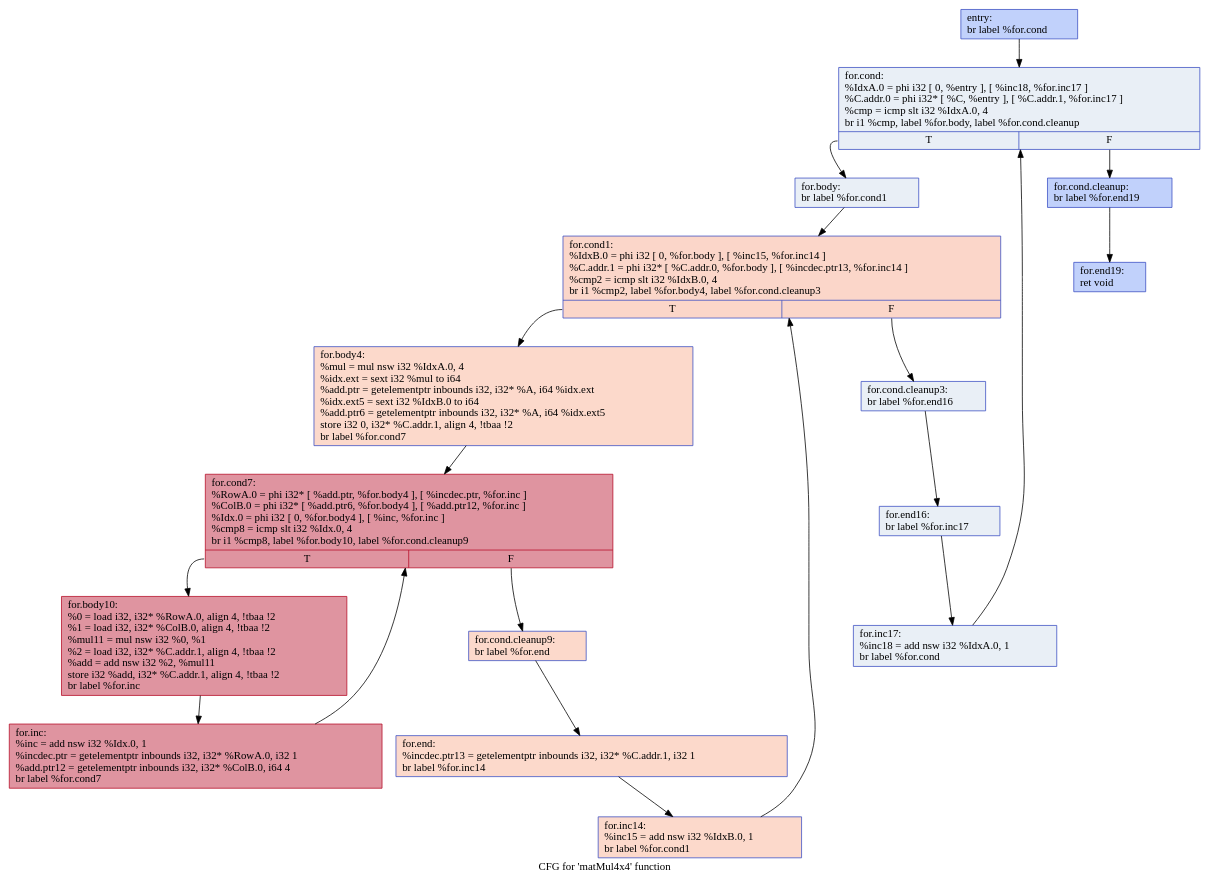
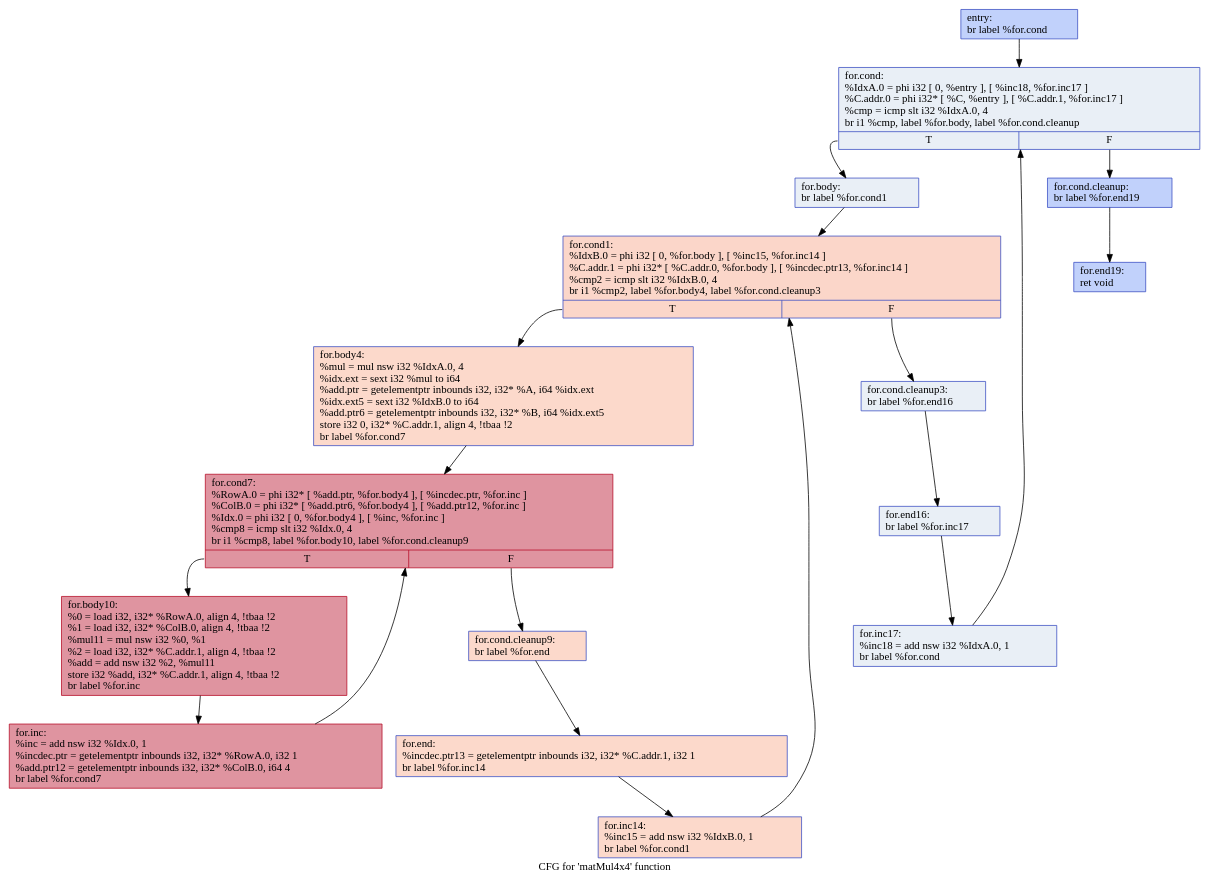
Before and after one commit to antonio-cortes-perez/llvm-examples: the diagram in inputs/.matMul4x4.dot, drawn with Graphviz. The commit also changed 1 other file, not shown here.

Commit message:
Updating MatMul4x4 generated files.

```diff
--- a/inputs/.matMul4x4.dot
+++ b/inputs/.matMul4x4.dot
@@ -1,38 +1,38 @@
 digraph "CFG for 'matMul4x4' function" {
 	label="CFG for 'matMul4x4' function";
 
-	Node0x11620c0 [shape=record,color="#3d50c3ff", style=filled, fillcolor="#7396f570",label="{entry:\l  br label %for.cond\l}"];
-	Node0x11620c0 -> Node0x1162170;
-	Node0x1162170 [shape=record,color="#3d50c3ff", style=filled, fillcolor="#cedaeb70",label="{for.cond:                                         \l  %IdxA.0 = phi i32 [ 0, %entry ], [ %inc18, %for.inc17 ]\l  %C.addr.0 = phi i32* [ %C, %entry ], [ %C.addr.1, %for.inc17 ]\l  %cmp = icmp slt i32 %IdxA.0, 4\l  br i1 %cmp, label %for.body, label %for.cond.cleanup\l|{<s0>T|<s1>F}}"];
-	Node0x1162170:s0 -> Node0x1162c60;
-	Node0x1162170:s1 -> Node0x1162d70;
-	Node0x1162d70 [shape=record,color="#3d50c3ff", style=filled, fillcolor="#7396f570",label="{for.cond.cleanup:                                 \l  br label %for.end19\l}"];
-	Node0x1162d70 -> Node0x1162f50;
-	Node0x1162c60 [shape=record,color="#3d50c3ff", style=filled, fillcolor="#cedaeb70",label="{for.body:                                         \l  br label %for.cond1\l}"];
-	Node0x1162c60 -> Node0x1163010;
-	Node0x1163010 [shape=record,color="#3d50c3ff", style=filled, fillcolor="#f6a38570",label="{for.cond1:                                        \l  %IdxB.0 = phi i32 [ 0, %for.body ], [ %inc15, %for.inc14 ]\l  %C.addr.1 = phi i32* [ %C.addr.0, %for.body ], [ %incdec.ptr13, %for.inc14 ]\l  %cmp2 = icmp slt i32 %IdxB.0, 4\l  br i1 %cmp2, label %for.body4, label %for.cond.cleanup3\l|{<s0>T|<s1>F}}"];
-	Node0x1163010:s0 -> Node0x11635e0;
-	Node0x1163010:s1 -> Node0x1163660;
-	Node0x1163660 [shape=record,color="#3d50c3ff", style=filled, fillcolor="#cedaeb70",label="{for.cond.cleanup3:                                \l  br label %for.end16\l}"];
-	Node0x1163660 -> Node0x1163840;
-	Node0x11635e0 [shape=record,color="#3d50c3ff", style=filled, fillcolor="#f7a88970",label="{for.body4:                                        \l  %mul = mul nsw i32 %IdxA.0, 4\l  %idx.ext = sext i32 %mul to i64\l  %add.ptr = getelementptr inbounds i32, i32* %A, i64 %idx.ext\l  %idx.ext5 = sext i32 %IdxB.0 to i64\l  %add.ptr6 = getelementptr inbounds i32, i32* %A, i64 %idx.ext5\l  store i32 0, i32* %C.addr.1, align 4, !tbaa !2\l  br label %for.cond7\l}"];
-	Node0x11635e0 -> Node0x11a1f00;
-	Node0x11a1f00 [shape=record,color="#b70d28ff", style=filled, fillcolor="#b70d2870",label="{for.cond7:                                        \l  %RowA.0 = phi i32* [ %add.ptr, %for.body4 ], [ %incdec.ptr, %for.inc ]\l  %ColB.0 = phi i32* [ %add.ptr6, %for.body4 ], [ %add.ptr12, %for.inc ]\l  %Idx.0 = phi i32 [ 0, %for.body4 ], [ %inc, %for.inc ]\l  %cmp8 = icmp slt i32 %Idx.0, 4\l  br i1 %cmp8, label %for.body10, label %for.cond.cleanup9\l|{<s0>T|<s1>F}}"];
-	Node0x11a1f00:s0 -> Node0x11a2520;
-	Node0x11a1f00:s1 -> Node0x11a2630;
-	Node0x11a2630 [shape=record,color="#3d50c3ff", style=filled, fillcolor="#f7a88970",label="{for.cond.cleanup9:                                \l  br label %for.end\l}"];
-	Node0x11a2630 -> Node0x11a2810;
-	Node0x11a2520 [shape=record,color="#b70d28ff", style=filled, fillcolor="#b70d2870",label="{for.body10:                                       \l  %0 = load i32, i32* %RowA.0, align 4, !tbaa !2\l  %1 = load i32, i32* %ColB.0, align 4, !tbaa !2\l  %mul11 = mul nsw i32 %0, %1\l  %2 = load i32, i32* %C.addr.1, align 4, !tbaa !2\l  %add = add nsw i32 %2, %mul11\l  store i32 %add, i32* %C.addr.1, align 4, !tbaa !2\l  br label %for.inc\l}"];
-	Node0x11a2520 -> Node0x11a2050;
-	Node0x11a2050 [shape=record,color="#b70d28ff", style=filled, fillcolor="#b70d2870",label="{for.inc:                                          \l  %inc = add nsw i32 %Idx.0, 1\l  %incdec.ptr = getelementptr inbounds i32, i32* %RowA.0, i32 1\l  %add.ptr12 = getelementptr inbounds i32, i32* %ColB.0, i64 4\l  br label %for.cond7\l}"];
-	Node0x11a2050 -> Node0x11a1f00;
-	Node0x11a2810 [shape=record,color="#3d50c3ff", style=filled, fillcolor="#f7a88970",label="{for.end:                                          \l  %incdec.ptr13 = getelementptr inbounds i32, i32* %C.addr.1, i32 1\l  br label %for.inc14\l}"];
-	Node0x11a2810 -> Node0x11632a0;
-	Node0x11632a0 [shape=record,color="#3d50c3ff", style=filled, fillcolor="#f7a88970",label="{for.inc14:                                        \l  %inc15 = add nsw i32 %IdxB.0, 1\l  br label %for.cond1\l}"];
-	Node0x11632a0 -> Node0x1163010;
-	Node0x1163840 [shape=record,color="#3d50c3ff", style=filled, fillcolor="#cedaeb70",label="{for.end16:                                        \l  br label %for.inc17\l}"];
-	Node0x1163840 -> Node0x11628c0;
-	Node0x11628c0 [shape=record,color="#3d50c3ff", style=filled, fillcolor="#cedaeb70",label="{for.inc17:                                        \l  %inc18 = add nsw i32 %IdxA.0, 1\l  br label %for.cond\l}"];
-	Node0x11628c0 -> Node0x1162170;
-	Node0x1162f50 [shape=record,color="#3d50c3ff", style=filled, fillcolor="#7396f570",label="{for.end19:                                        \l  ret void\l}"];
+	Node0x16f50c0 [shape=record,color="#3d50c3ff", style=filled, fillcolor="#7396f570",label="{entry:\l  br label %for.cond\l}"];
+	Node0x16f50c0 -> Node0x16f5170;
+	Node0x16f5170 [shape=record,color="#3d50c3ff", style=filled, fillcolor="#cedaeb70",label="{for.cond:                                         \l  %IdxA.0 = phi i32 [ 0, %entry ], [ %inc18, %for.inc17 ]\l  %C.addr.0 = phi i32* [ %C, %entry ], [ %C.addr.1, %for.inc17 ]\l  %cmp = icmp slt i32 %IdxA.0, 4\l  br i1 %cmp, label %for.body, label %for.cond.cleanup\l|{<s0>T|<s1>F}}"];
+	Node0x16f5170:s0 -> Node0x16f5c60;
+	Node0x16f5170:s1 -> Node0x16f5d70;
+	Node0x16f5d70 [shape=record,color="#3d50c3ff", style=filled, fillcolor="#7396f570",label="{for.cond.cleanup:                                 \l  br label %for.end19\l}"];
+	Node0x16f5d70 -> Node0x16f5f50;
+	Node0x16f5c60 [shape=record,color="#3d50c3ff", style=filled, fillcolor="#cedaeb70",label="{for.body:                                         \l  br label %for.cond1\l}"];
+	Node0x16f5c60 -> Node0x16f6010;
+	Node0x16f6010 [shape=record,color="#3d50c3ff", style=filled, fillcolor="#f6a38570",label="{for.cond1:                                        \l  %IdxB.0 = phi i32 [ 0, %for.body ], [ %inc15, %for.inc14 ]\l  %C.addr.1 = phi i32* [ %C.addr.0, %for.body ], [ %incdec.ptr13, %for.inc14 ]\l  %cmp2 = icmp slt i32 %IdxB.0, 4\l  br i1 %cmp2, label %for.body4, label %for.cond.cleanup3\l|{<s0>T|<s1>F}}"];
+	Node0x16f6010:s0 -> Node0x16f65e0;
+	Node0x16f6010:s1 -> Node0x16f6660;
+	Node0x16f6660 [shape=record,color="#3d50c3ff", style=filled, fillcolor="#cedaeb70",label="{for.cond.cleanup3:                                \l  br label %for.end16\l}"];
+	Node0x16f6660 -> Node0x16f6840;
+	Node0x16f65e0 [shape=record,color="#3d50c3ff", style=filled, fillcolor="#f7a88970",label="{for.body4:                                        \l  %mul = mul nsw i32 %IdxA.0, 4\l  %idx.ext = sext i32 %mul to i64\l  %add.ptr = getelementptr inbounds i32, i32* %A, i64 %idx.ext\l  %idx.ext5 = sext i32 %IdxB.0 to i64\l  %add.ptr6 = getelementptr inbounds i32, i32* %B, i64 %idx.ext5\l  store i32 0, i32* %C.addr.1, align 4, !tbaa !2\l  br label %for.cond7\l}"];
+	Node0x16f65e0 -> Node0x1734f00;
+	Node0x1734f00 [shape=record,color="#b70d28ff", style=filled, fillcolor="#b70d2870",label="{for.cond7:                                        \l  %RowA.0 = phi i32* [ %add.ptr, %for.body4 ], [ %incdec.ptr, %for.inc ]\l  %ColB.0 = phi i32* [ %add.ptr6, %for.body4 ], [ %add.ptr12, %for.inc ]\l  %Idx.0 = phi i32 [ 0, %for.body4 ], [ %inc, %for.inc ]\l  %cmp8 = icmp slt i32 %Idx.0, 4\l  br i1 %cmp8, label %for.body10, label %for.cond.cleanup9\l|{<s0>T|<s1>F}}"];
+	Node0x1734f00:s0 -> Node0x1735520;
+	Node0x1734f00:s1 -> Node0x1735630;
+	Node0x1735630 [shape=record,color="#3d50c3ff", style=filled, fillcolor="#f7a88970",label="{for.cond.cleanup9:                                \l  br label %for.end\l}"];
+	Node0x1735630 -> Node0x1735810;
+	Node0x1735520 [shape=record,color="#b70d28ff", style=filled, fillcolor="#b70d2870",label="{for.body10:                                       \l  %0 = load i32, i32* %RowA.0, align 4, !tbaa !2\l  %1 = load i32, i32* %ColB.0, align 4, !tbaa !2\l  %mul11 = mul nsw i32 %0, %1\l  %2 = load i32, i32* %C.addr.1, align 4, !tbaa !2\l  %add = add nsw i32 %2, %mul11\l  store i32 %add, i32* %C.addr.1, align 4, !tbaa !2\l  br label %for.inc\l}"];
+	Node0x1735520 -> Node0x1735050;
+	Node0x1735050 [shape=record,color="#b70d28ff", style=filled, fillcolor="#b70d2870",label="{for.inc:                                          \l  %inc = add nsw i32 %Idx.0, 1\l  %incdec.ptr = getelementptr inbounds i32, i32* %RowA.0, i32 1\l  %add.ptr12 = getelementptr inbounds i32, i32* %ColB.0, i64 4\l  br label %for.cond7\l}"];
+	Node0x1735050 -> Node0x1734f00;
+	Node0x1735810 [shape=record,color="#3d50c3ff", style=filled, fillcolor="#f7a88970",label="{for.end:                                          \l  %incdec.ptr13 = getelementptr inbounds i32, i32* %C.addr.1, i32 1\l  br label %for.inc14\l}"];
+	Node0x1735810 -> Node0x16f62a0;
+	Node0x16f62a0 [shape=record,color="#3d50c3ff", style=filled, fillcolor="#f7a88970",label="{for.inc14:                                        \l  %inc15 = add nsw i32 %IdxB.0, 1\l  br label %for.cond1\l}"];
+	Node0x16f62a0 -> Node0x16f6010;
+	Node0x16f6840 [shape=record,color="#3d50c3ff", style=filled, fillcolor="#cedaeb70",label="{for.end16:                                        \l  br label %for.inc17\l}"];
+	Node0x16f6840 -> Node0x16f58c0;
+	Node0x16f58c0 [shape=record,color="#3d50c3ff", style=filled, fillcolor="#cedaeb70",label="{for.inc17:                                        \l  %inc18 = add nsw i32 %IdxA.0, 1\l  br label %for.cond\l}"];
+	Node0x16f58c0 -> Node0x16f5170;
+	Node0x16f5f50 [shape=record,color="#3d50c3ff", style=filled, fillcolor="#7396f570",label="{for.end19:                                        \l  ret void\l}"];
 }
```
